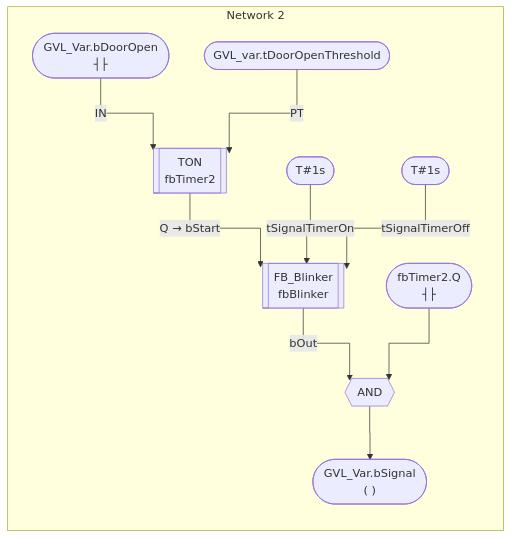
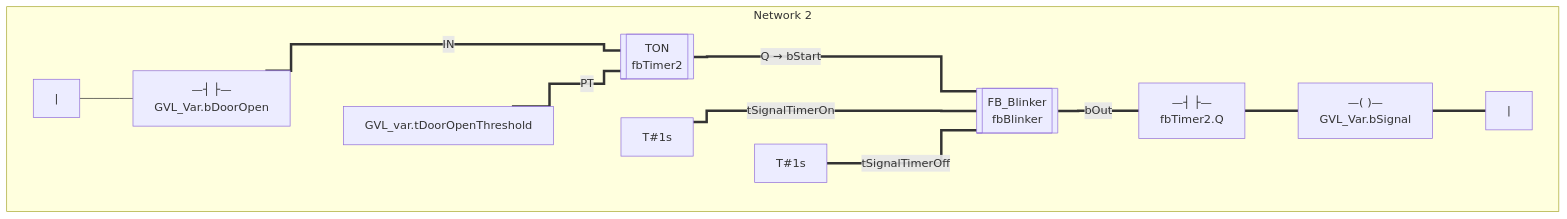
One commit to crissoll/pou2md changed the third of 4 diagrams in tests/output/Signals.md. Above: the diagram before and after it, drawn with Mermaid. The commit also changed other lines of this file and 6 other files, not shown here.

````diff
--- a/tests/output/Signals.md
+++ b/tests/output/Signals.md
@@ -56,35 +63,38 @@
 ```mermaid
-%%{ init: { 'flowchart': { 'curve': 'stepAfter' } } }%%
+%%{ init: { 'flowchart': { 'curve': 'step' } } }%%
 flowchart LR
     subgraph Network_2 [" Network 2 "]
-        %% --- Contacts (inputs) ---
-        N2_bDoorOpen(["GVL_Var.bDoorOpen
-        ┤├"])
-        N2_tDoorOpenThreshold(["GVL_var.tDoorOpenThreshold"])
-        N2_T1s_On(["T#1s"])
-        N2_T1s_Off(["T#1s"])
-        N2_fbTimer2Q(["fbTimer2.Q
-        ┤├"])
+        direction LR
+        %% --- Power Rails ---
+        N2_L["|"]
+        N2_R["|"]
+
+        %% --- Contacts ---
+        N2_bDoorOpen["—┤ ├—<br/>GVL_Var.bDoorOpen"]
+        N2_tDoorOpenThreshold["GVL_var.tDoorOpenThreshold"]
+        N2_T1s_On["T#1s"]
+        N2_T1s_Off["T#1s"]
+        N2_fbTimer2Q["—┤ ├—<br/>fbTimer2.Q"]
 
         %% --- Function Blocks ---
-        N2_AND{{"AND"}}
-        N2_Blinker[["FB_Blinker
-        fbBlinker"]]
-        N2_TON[["TON
-        fbTimer2"]]
+        N2_Blinker[["FB_Blinker<br/>fbBlinker"]]
+        N2_TON[["TON<br/>fbTimer2"]]
 
-        %% --- Coils / Outputs ---
-        N2_bSignal(["GVL_Var.bSignal
-        ( )"])
+        %% --- Coils / Jumps ---
+        N2_bSignal["—( )—<br/>GVL_Var.bSignal"]
 
-        %% --- Wiring ---
-        N2_Blinker -- "bOut" --> N2_AND
-        N2_TON -- "Q → bStart" --> N2_Blinker
-        N2_bDoorOpen -- "IN" --> N2_TON
-        N2_tDoorOpenThreshold -- "PT" --> N2_TON
-        N2_T1s_On -- "tSignalTimerOn" --> N2_Blinker
-        N2_T1s_Off -- "tSignalTimerOff" --> N2_Blinker
-        N2_fbTimer2Q --> N2_AND
-        N2_AND --> N2_bSignal
+        %% --- Vertical Rank Alignment ---
+        N2_bDoorOpen ~~~ N2_tDoorOpenThreshold ~~~ N2_T1s_On ~~~ N2_T1s_Off
+
+        %% --- Continuity ---
+        N2_L --- N2_bDoorOpen
+        N2_TON ===|"Q → bStart"| N2_Blinker
+        N2_bDoorOpen ===|"IN"| N2_TON
+        N2_tDoorOpenThreshold ===|"PT"| N2_TON
+        N2_T1s_On ===|"tSignalTimerOn"| N2_Blinker
+        N2_T1s_Off ===|"tSignalTimerOff"| N2_Blinker
+        N2_Blinker ===|"bOut"| N2_fbTimer2Q
+        N2_fbTimer2Q === N2_bSignal
+        N2_bSignal === N2_R
     end
 ```
````
